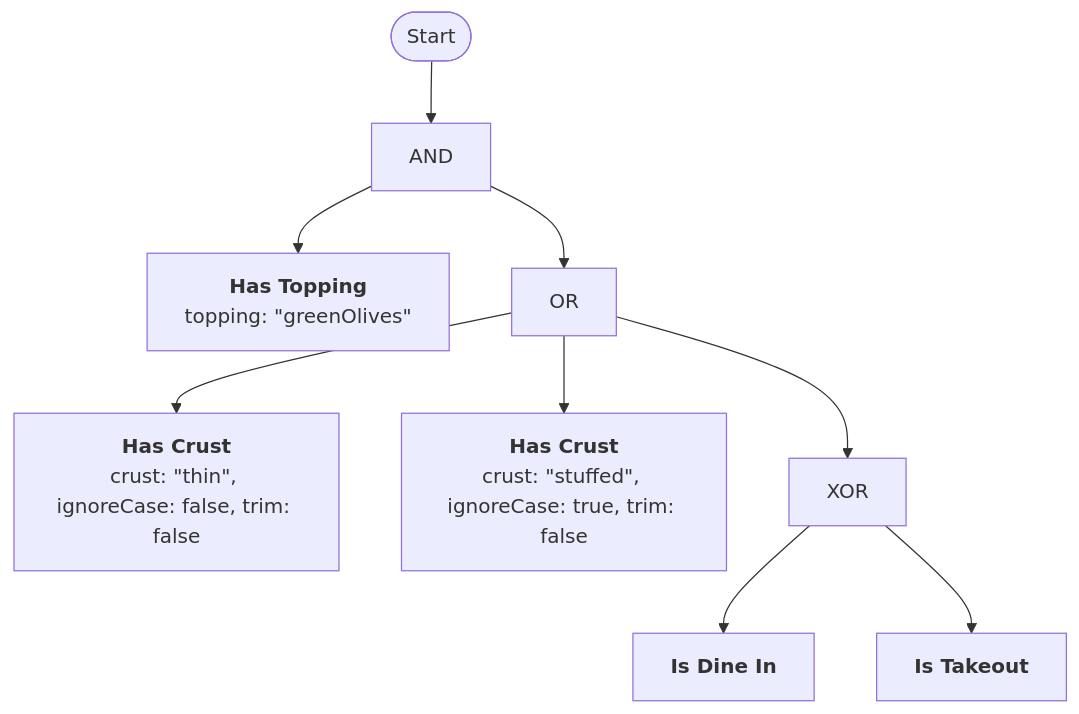
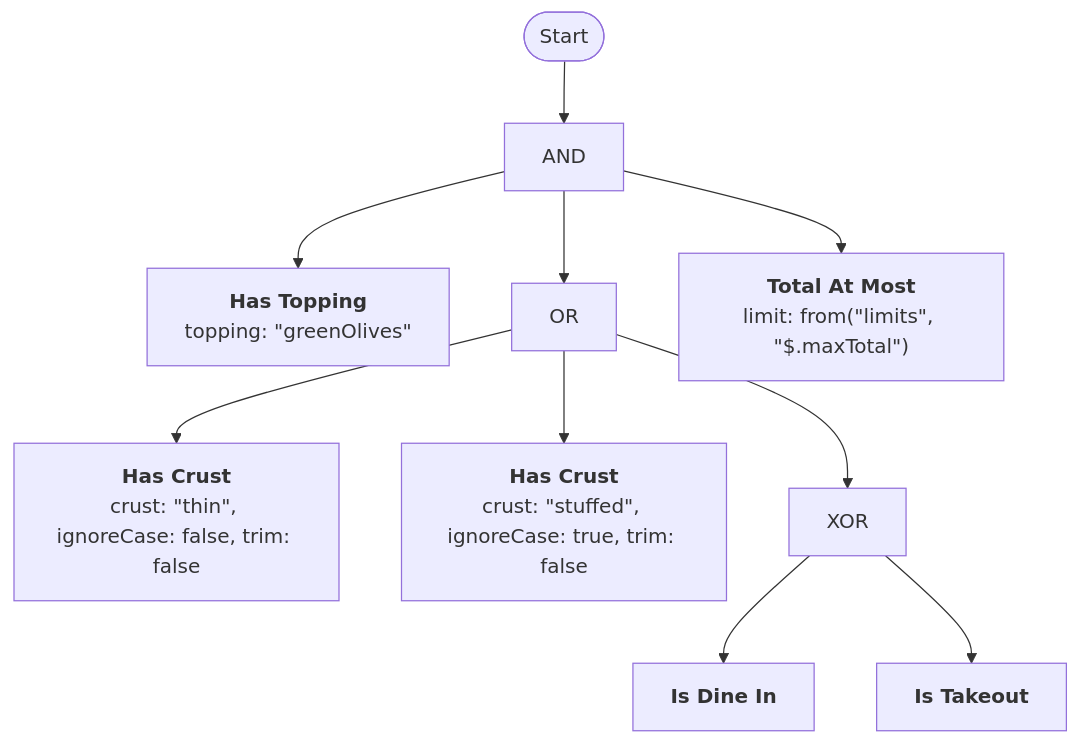
Before and after one commit to rheone/TruthWeaver: the second of 4 diagrams in docs/examples.md, drawn with Mermaid. The commit also changed other lines of this file and 822 other files, not shown here.

````diff
--- a/docs/examples.md
+++ b/docs/examples.md
@@ -279,22 +359,25 @@
 ```mermaid
 flowchart TD
     Start(["Start"]) --> n0
     n0["AND"]
     n1["`**Has Topping**
 topping: #quot;greenOlives#quot;`"]
     n0 --> n1
     n2["OR"]
     n3["`**Has Crust**
 crust: #quot;thin#quot;, ignoreCase: false, trim: false`"]
     n2 --> n3
     n4["`**Has Crust**
 crust: #quot;stuffed#quot;, ignoreCase: true, trim: false`"]
     n2 --> n4
     n5["XOR"]
     n6["`**Is Dine In**`"]
     n5 --> n6
     n7["`**Is Takeout**`"]
     n5 --> n7
     n2 --> n5
     n0 --> n2
+    n8["`**Total At Most**
+limit: from(#quot;limits#quot;, #quot;$.maxTotal#quot;)`"]
+    n0 --> n8
 ```
````
